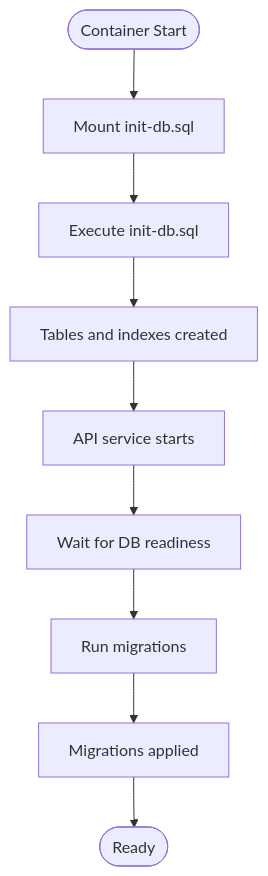
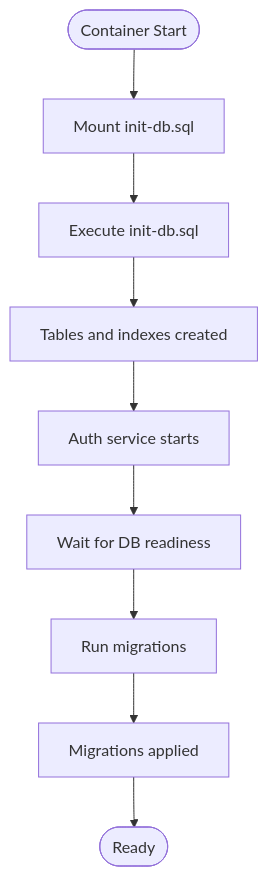
One commit to ikramhh/signvue-project changed the fourth of 7 diagrams in .qoder/repowiki/en/content/Database Design.md. Above: the diagram before and after it, drawn with Mermaid. The commit also changed other lines of this file and 4 other files, not shown here.

````diff
--- a/.qoder/repowiki/en/content/Database Design.md
+++ b/.qoder/repowiki/en/content/Database Design.md
@@ -222,11 +246,11 @@
 ```mermaid
 flowchart TD
 Start(["Container Start"]) --> Mount["Mount init-db.sql"]
 Mount --> ExecInit["Execute init-db.sql"]
 ExecInit --> TablesCreated["Tables and indexes created"]
-TablesCreated --> APISvcStart["API service starts"]
-APISvcStart --> WaitDb["Wait for DB readiness"]
+TablesCreated --> AuthSvcStart["Auth service starts"]
+AuthSvcStart --> WaitDb["Wait for DB readiness"]
 WaitDb --> RunMigrate["Run migrations"]
 RunMigrate --> MigrationsDone["Migrations applied"]
 MigrationsDone --> Ready(["Ready"])
 ```
````
